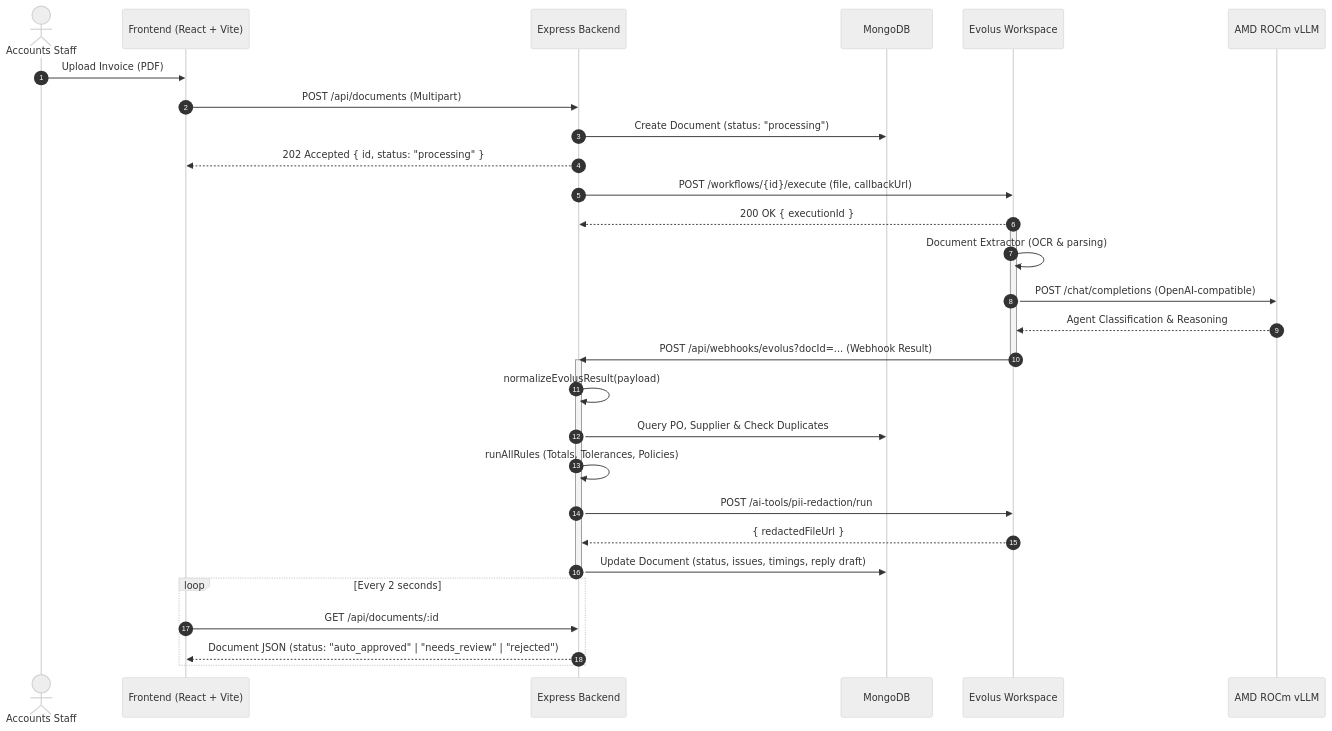
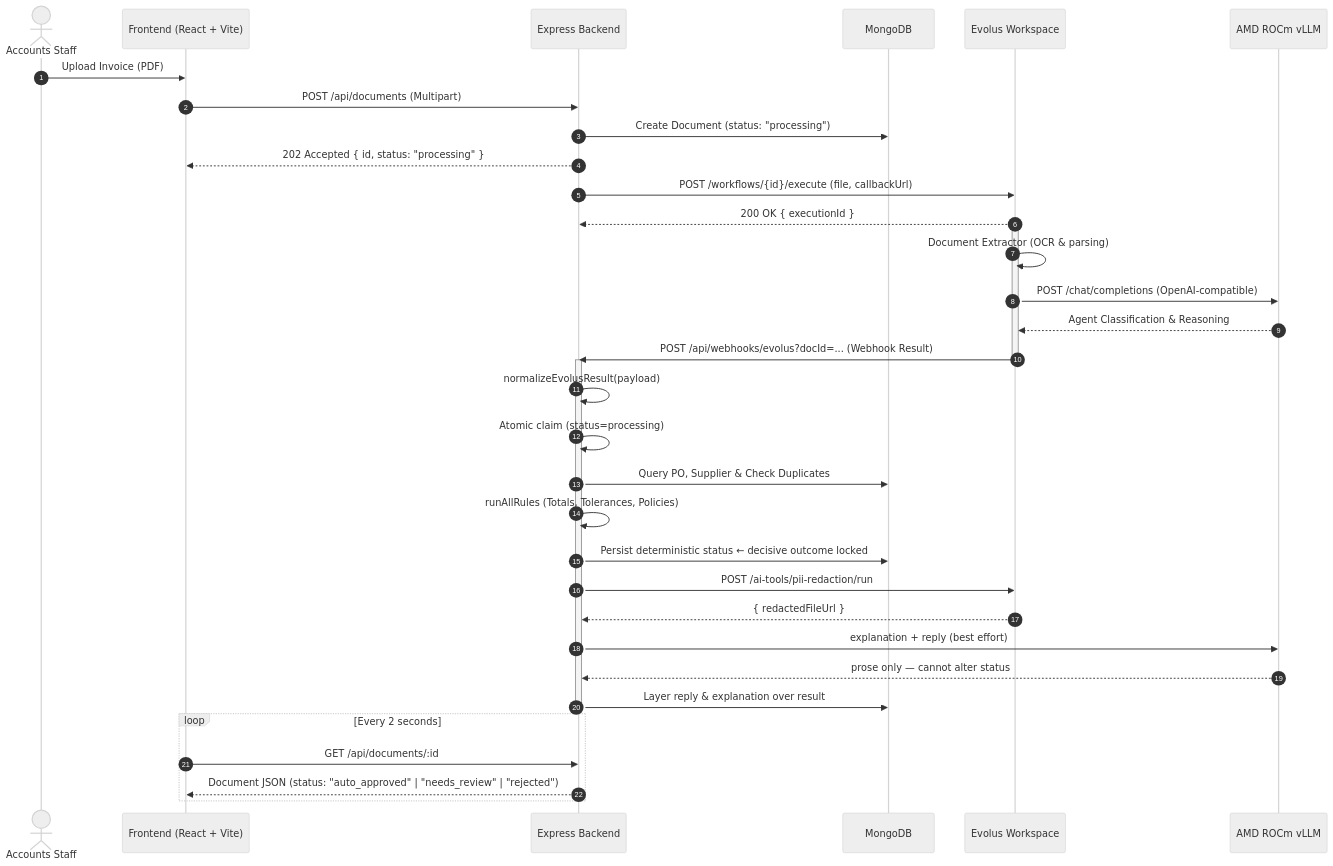
One commit to Muavia-Ateeq/AMD_hackathon- changed the diagram in docs/architecture.md. Above: the diagram before and after it, drawn with Mermaid (neutral theme). The commit also changed other lines of this file and 17 other files, not shown here.

````diff
--- a/docs/architecture.md
+++ b/docs/architecture.md
@@ -23,39 +24,43 @@
 ```mermaid
 sequenceDiagram
     autonumber
     actor User as Accounts Staff
     participant FE as Frontend (React + Vite)
     participant BE as Express Backend
     participant DB as MongoDB
     participant EV as Evolus Workspace
     participant AMD as AMD ROCm vLLM
 
     User->>FE: Upload Invoice (PDF)
     FE->>BE: POST /api/documents (Multipart)
     BE->>DB: Create Document (status: "processing")
     BE-->>FE: 202 Accepted { id, status: "processing" }
     
     BE->>EV: POST /workflows/{id}/execute (file, callbackUrl)
     EV-->>BE: 200 OK { executionId }
     
     activate EV
     EV->>EV: Document Extractor (OCR & parsing)
     EV->>AMD: POST /chat/completions (OpenAI-compatible)
     AMD-->>EV: Agent Classification & Reasoning
     EV->>BE: POST /api/webhooks/evolus?docId=... (Webhook Result)
     deactivate EV
 
     activate BE
     BE->>BE: normalizeEvolusResult(payload)
+    BE->>BE: Atomic claim (status=processing)
     BE->>DB: Query PO, Supplier & Check Duplicates
     BE->>BE: runAllRules (Totals, Tolerances, Policies)
+    BE->>DB: Persist deterministic status  ← decisive outcome locked
     BE->>EV: POST /ai-tools/pii-redaction/run
     EV-->>BE: { redactedFileUrl }
-    BE->>DB: Update Document (status, issues, timings, reply draft)
+    BE->>AMD: explanation + reply (best effort)
+    AMD-->>BE: prose only — cannot alter status
+    BE->>DB: Layer reply & explanation over result
     deactivate BE
 
     loop Every 2 seconds
         FE->>BE: GET /api/documents/:id
         BE-->>FE: Document JSON (status: "auto_approved" | "needs_review" | "rejected")
     end
 ```
````
